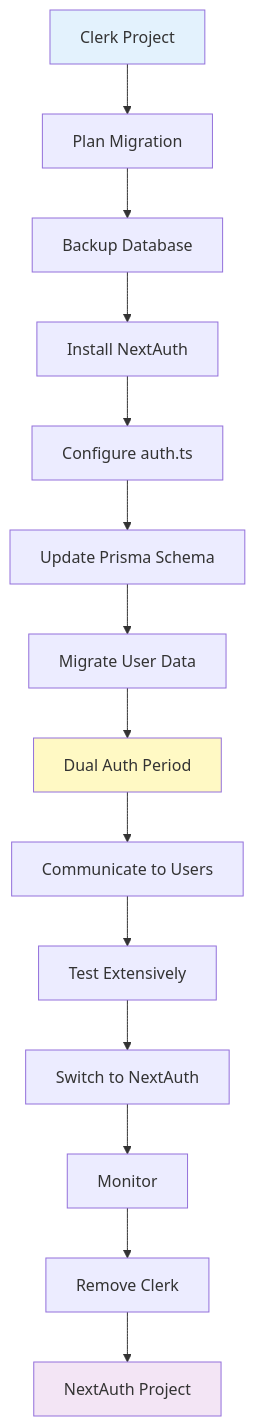
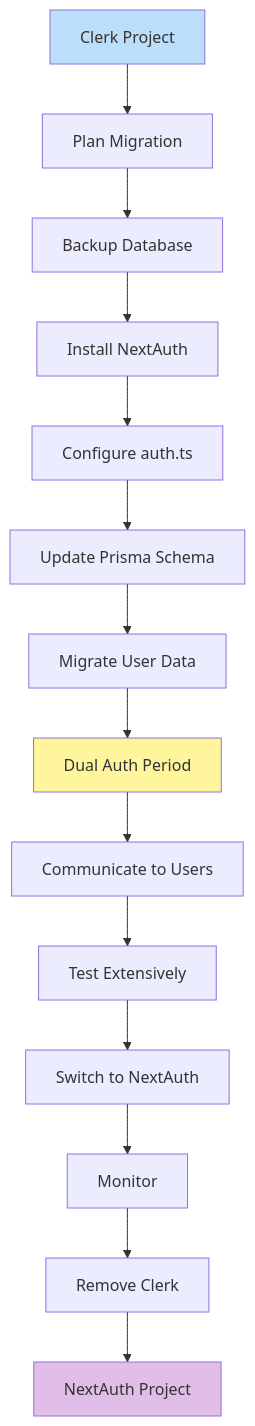
One commit to inskillflow/auths-1-NEXTJS-introduction changed diagram 30 of 39 in 02-DIAGRAMMES_ARCHITECTURES.md. Above: the diagram before and after it, drawn with Mermaid. The commit also changed other lines of this file, not shown here.

````diff
--- a/02-DIAGRAMMES_ARCHITECTURES.md
+++ b/02-DIAGRAMMES_ARCHITECTURES.md
@@ -988,21 +988,21 @@
 ```mermaid
 graph TD
     START[Clerk Project] --> PLAN[Plan Migration]
     PLAN --> BACKUP[Backup Database]
     BACKUP --> INSTALL[Install NextAuth]
     INSTALL --> CONFIG[Configure auth.ts]
     CONFIG --> SCHEMA[Update Prisma Schema]
     SCHEMA --> MIGRATE[Migrate User Data]
     
     MIGRATE --> DUAL[Dual Auth Period]
     DUAL --> COMM[Communicate to Users]
     COMM --> TEST[Test Extensively]
     TEST --> SWITCH[Switch to NextAuth]
     SWITCH --> MONITOR[Monitor]
     MONITOR --> CLEANUP[Remove Clerk]
     CLEANUP --> END[NextAuth Project]
     
-    style START fill:#e3f2fd
-    style DUAL fill:#fff9c4
-    style END fill:#f3e5f5
+    style START fill:#bbdefb
+    style DUAL fill:#fff59d
+    style END fill:#e1bee7
 ```
````
